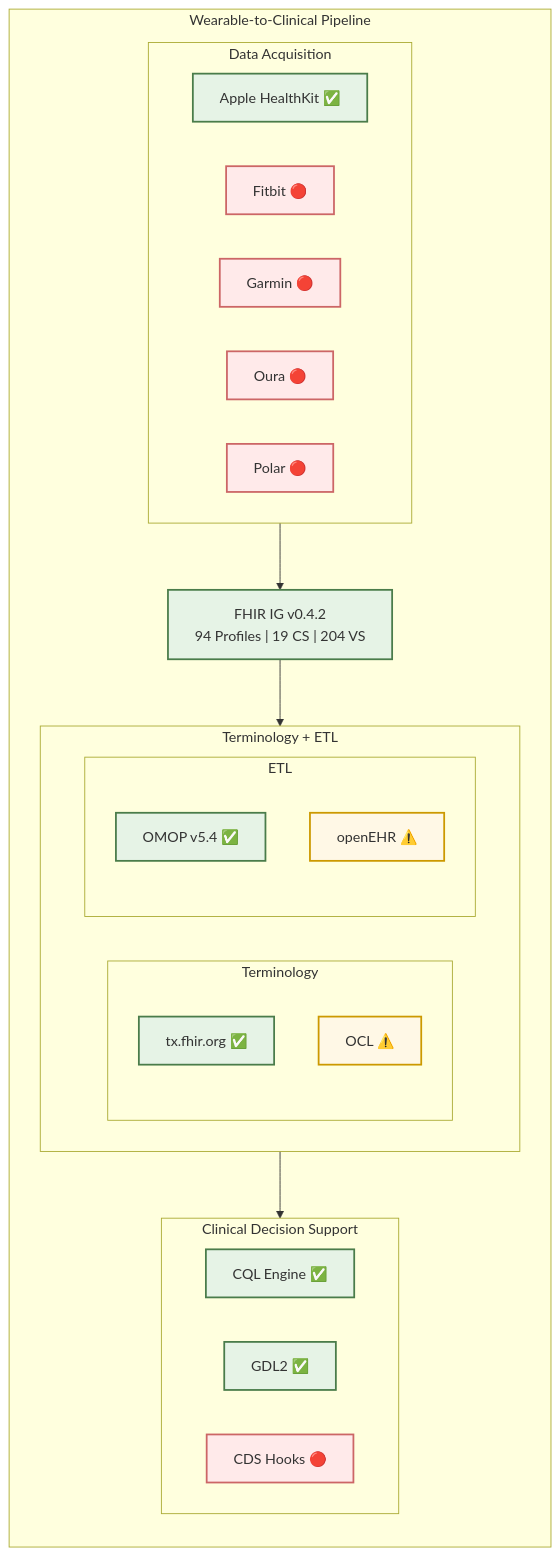
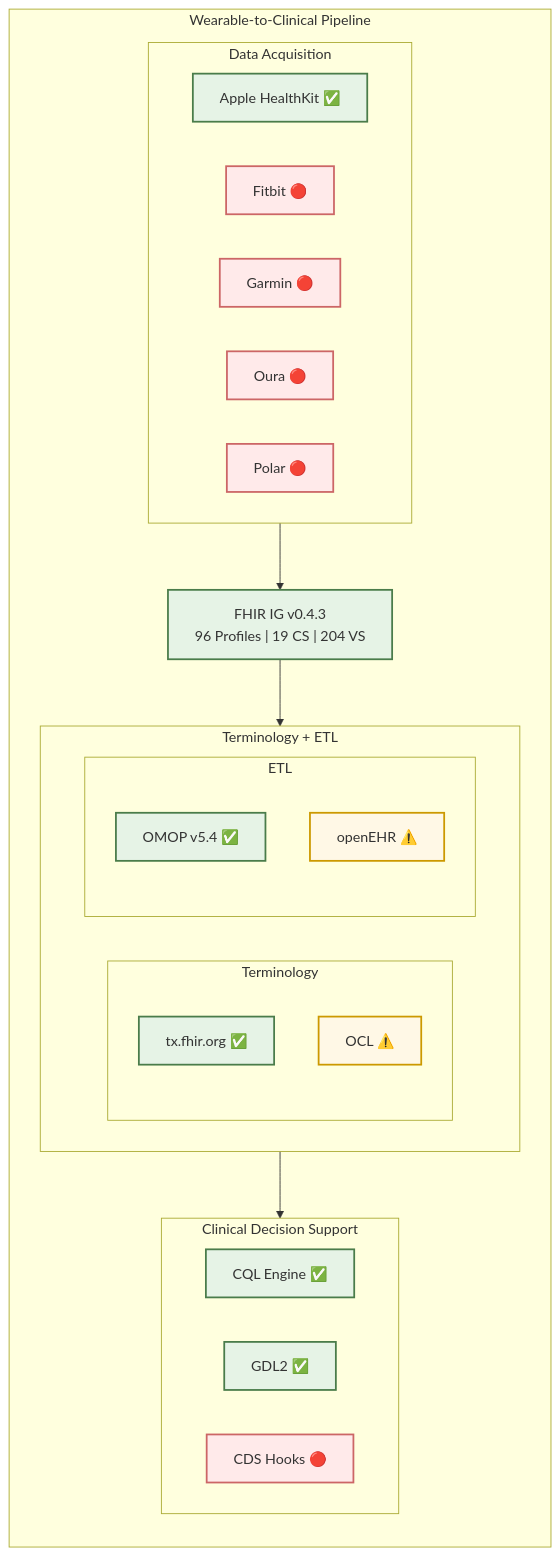
Before and after one commit to RicardoLSantos/shorthand: the first of 5 diagrams in README.md, drawn with Mermaid. The commit also changed other lines of this file and 6 other files, not shown here.

````diff
--- a/README.md
+++ b/README.md
@@ -34,48 +34,48 @@
 ```mermaid
 flowchart TB
     subgraph WP["Wearable-to-Clinical Pipeline"]
         direction TB
 
         subgraph TG1["Data Acquisition"]
             direction LR
             APPLE["Apple HealthKit ✅"]
             FITBIT["Fitbit 🔴"]
             GARMIN["Garmin 🔴"]
             OURA["Oura 🔴"]
             POLAR["Polar 🔴"]
         end
 
-        FHIRIG["FHIR IG v0.4.2<br/>94 Profiles | 19 CS | 204 VS"]
+        FHIRIG["FHIR IG v0.4.3<br/>96 Profiles | 19 CS | 204 VS"]
 
         subgraph TG2["Terminology + ETL"]
             direction LR
             subgraph TERM["Terminology"]
                 TXFHIR["tx.fhir.org ✅"]
                 OCL["OCL ⚠️"]
             end
             subgraph ETL["ETL"]
                 OMOP["OMOP v5.4 ✅"]
                 OPENEHR["openEHR ⚠️"]
             end
         end
 
         subgraph TG4["Clinical Decision Support"]
             direction LR
             CQL["CQL Engine ✅"]
             GDL2["GDL2 ✅"]
             CDSHOOKS["CDS Hooks 🔴"]
         end
     end
 
     TG1 --> FHIRIG
     FHIRIG --> TG2
     TG2 --> TG4
 
     classDef done fill:#e6f3e6,stroke:#4a7c4a,stroke-width:2px,color:#333
     classDef partial fill:#fff8e6,stroke:#cc9900,stroke-width:2px,color:#333
     classDef todo fill:#ffeaea,stroke:#cc6666,stroke-width:2px,color:#333
 
     class APPLE,FHIRIG,TXFHIR,OMOP,CQL,GDL2 done
     class OCL,OPENEHR partial
     class FITBIT,GARMIN,OURA,POLAR,CDSHOOKS todo
 ```
````
